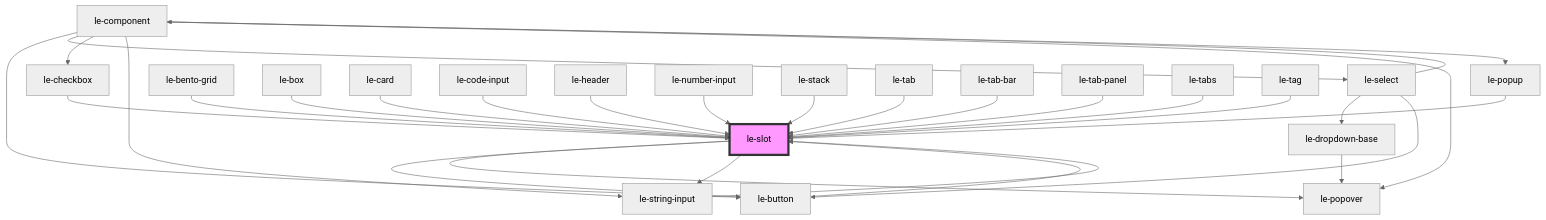
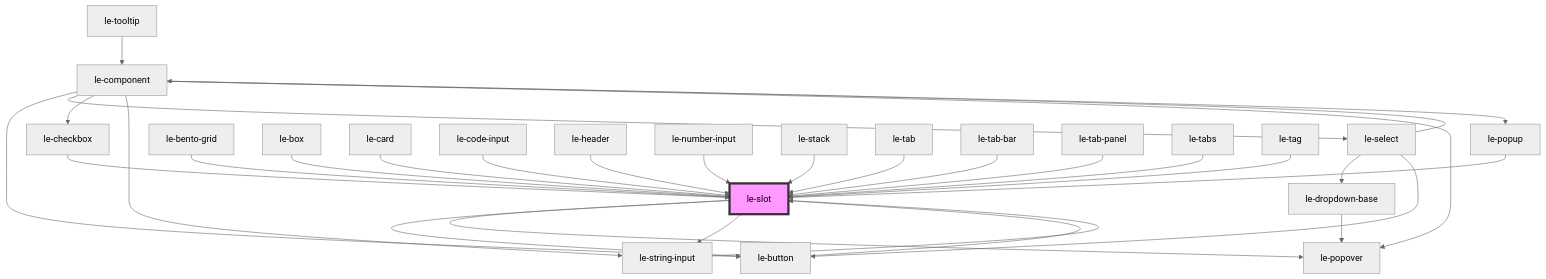
Before and after one commit to leechy/le-kit: the diagram in packages/core/src/components/le-slot/readme.md, drawn with Mermaid (neutral theme). The commit also changed 37 other files, not shown here.

````diff
--- a/packages/core/src/components/le-slot/readme.md
+++ b/packages/core/src/components/le-slot/readme.md
@@ -75,33 +75,34 @@
 ```mermaid
 graph TD;
   le-slot --> le-popover
   le-slot --> le-button
   le-slot --> le-string-input
   le-button --> le-slot
   le-component --> le-button
   le-component --> le-select
   le-component --> le-checkbox
   le-component --> le-string-input
   le-component --> le-popover
   le-component --> le-popup
   le-select --> le-component
   le-select --> le-dropdown-base
   le-select --> le-button
   le-dropdown-base --> le-popover
   le-checkbox --> le-slot
   le-string-input --> le-slot
   le-popup --> le-slot
+  le-tooltip --> le-component
   le-bento-grid --> le-slot
   le-box --> le-slot
   le-card --> le-slot
   le-code-input --> le-slot
   le-header --> le-slot
   le-number-input --> le-slot
   le-stack --> le-slot
   le-tab --> le-slot
   le-tab-bar --> le-slot
   le-tab-panel --> le-slot
   le-tabs --> le-slot
   le-tag --> le-slot
   style le-slot fill:#f9f,stroke:#333,stroke-width:4px
 ```
````
